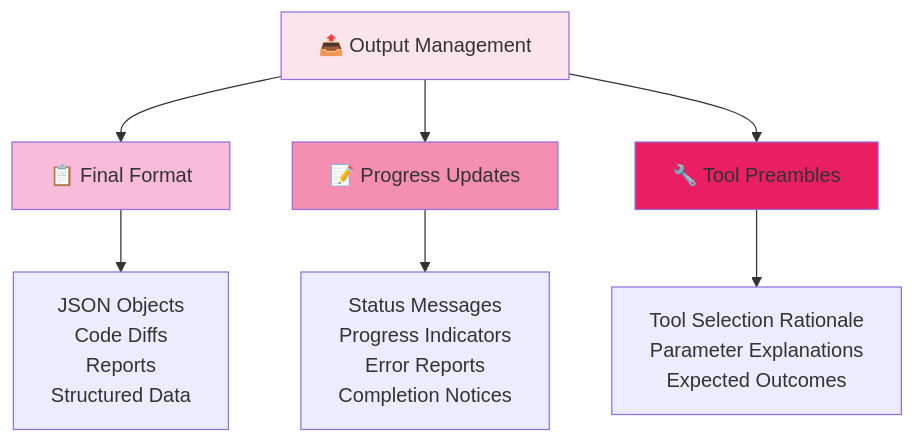
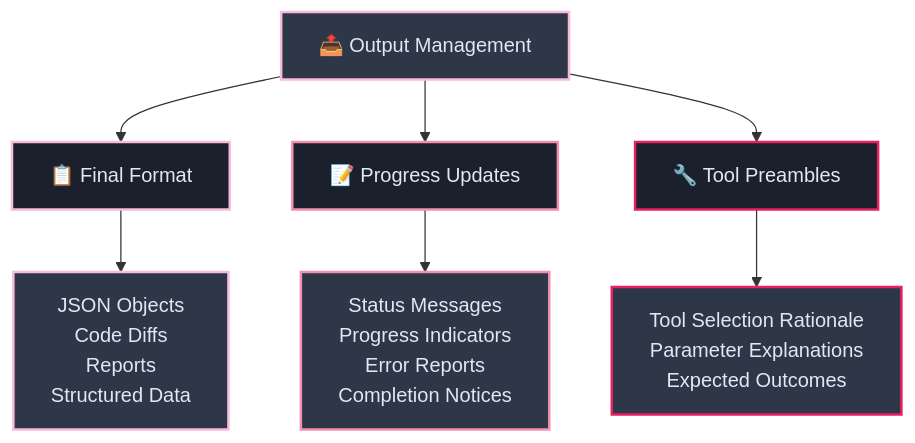
One commit to josemlopez/prompt_tutorial changed the seventh of 8 diagrams in Part_II_Section_5_The_Anatomy_of_an_Agentic_System_Prompt_A_Universal_Blueprint.md. Above: the diagram before and after it, drawn with Mermaid. The commit also changed other lines of this file and 7 other files, not shown here.

````diff
--- a/Part_II_Section_5_The_Anatomy_of_an_Agentic_System_Prompt_A_Universal_Blueprint.md
+++ b/Part_II_Section_5_The_Anatomy_of_an_Agentic_System_Prompt_A_Universal_Blueprint.md
@@ -338,17 +350,20 @@
 ```mermaid
 graph TB
-    A[📤 Output Management] --> B[📋 Final Format]
-    A --> C[📝 Progress Updates]
-    A --> D[🔧 Tool Preambles]
-    
-    B --> E[JSON Objects<br/>Code Diffs<br/>Reports<br/>Structured Data]
-    
-    C --> F[Status Messages<br/>Progress Indicators<br/>Error Reports<br/>Completion Notices]
-    
-    D --> G[Tool Selection Rationale<br/>Parameter Explanations<br/>Expected Outcomes]
-    
-    style A fill:#fce4ec
-    style B fill:#f8bbd9
-    style C fill:#f48fb1
-    style D fill:#e91e63
+   A[📤 Output Management] --> B[📋 Final Format]
+   A --> C[📝 Progress Updates]
+   A --> D[🔧 Tool Preambles]
+   
+   B --> E[JSON Objects<br/>Code Diffs<br/>Reports<br/>Structured Data]
+   
+   C --> F[Status Messages<br/>Progress Indicators<br/>Error Reports<br/>Completion Notices]
+   
+   D --> G[Tool Selection Rationale<br/>Parameter Explanations<br/>Expected Outcomes]
+   
+   style A fill:#2d3748,stroke:#f8bbd9,stroke-width:2px,color:#e2e8f0
+   style B fill:#1a202c,stroke:#f8bbd9,stroke-width:2px,color:#e2e8f0
+   style C fill:#1a202c,stroke:#f48fb1,stroke-width:2px,color:#e2e8f0
+   style D fill:#1a202c,stroke:#e91e63,stroke-width:2px,color:#e2e8f0
+   style E fill:#2d3748,stroke:#f8bbd9,stroke-width:2px,color:#e2e8f0
+   style F fill:#2d3748,stroke:#f48fb1,stroke-width:2px,color:#e2e8f0
+   style G fill:#2d3748,stroke:#e91e63,stroke-width:2px,color:#e2e8f0
 ```
````
